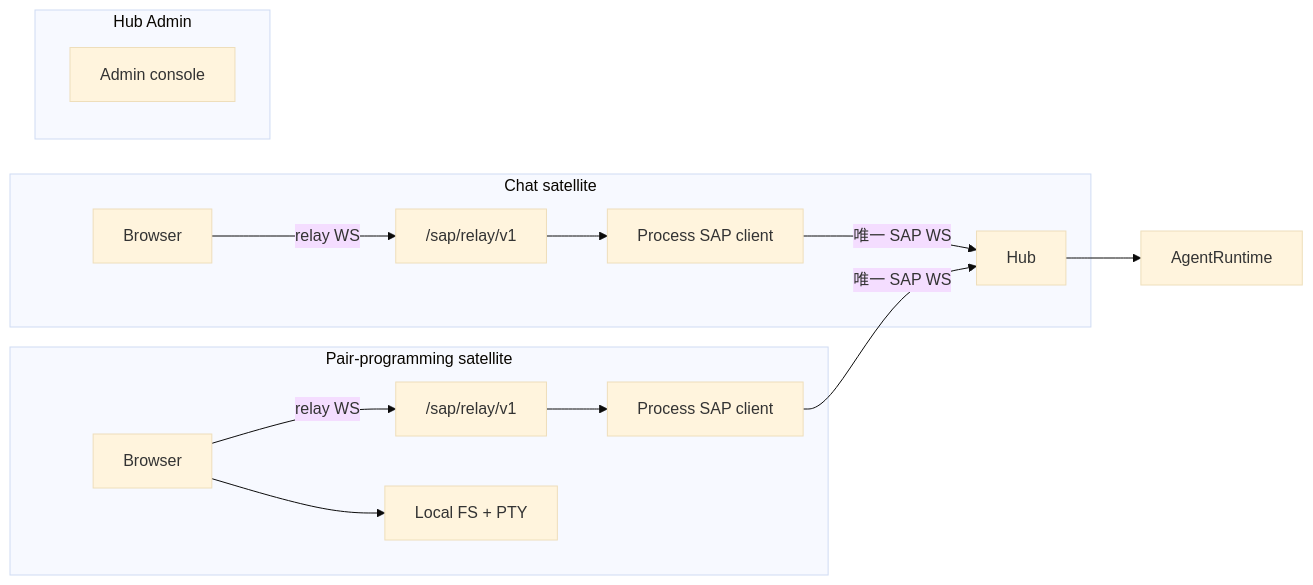
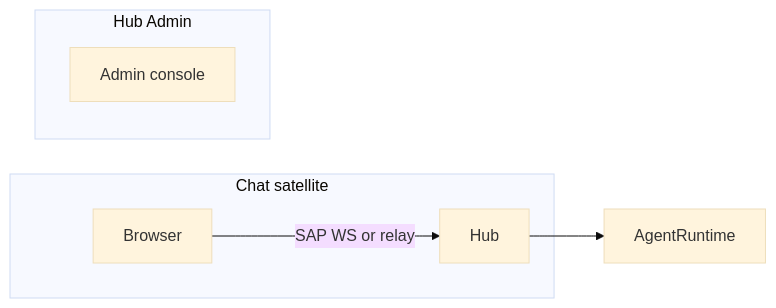
The first of 2 diagrams in docs/sap/overview.md (freeanima-org/freeanima), drawn with Mermaid (base theme) before and after one commit. The commit also changed other lines of this file and 54 other files, not shown here.

````diff
--- a/docs/sap/overview.md
+++ b/docs/sap/overview.md
@@ -20,18 +19,10 @@
 ```mermaid
 flowchart LR
   subgraph chat [Chat satellite]
-    B1[Browser] -->|relay WS| Relay1["/sap/relay/v1"]
-    Relay1 --> Proc1[Process SAP client]
-    Proc1 -->|唯一 SAP WS| Hub
-  end
-  subgraph ppy [Pair-programming satellite]
-    B2[Browser] -->|relay WS| Relay2["/sap/relay/v1"]
-    Relay2 --> Proc2[Process SAP client]
-    Proc2 -->|唯一 SAP WS| Hub
-    B2 --> Local[Local FS + PTY]
+    B1[Browser] -->|SAP WS or relay| Hub
   end
   Hub --> Runtime[AgentRuntime]
   subgraph hubAdmin [Hub Admin]
     Admin[Admin console]
   end
 ```
````
